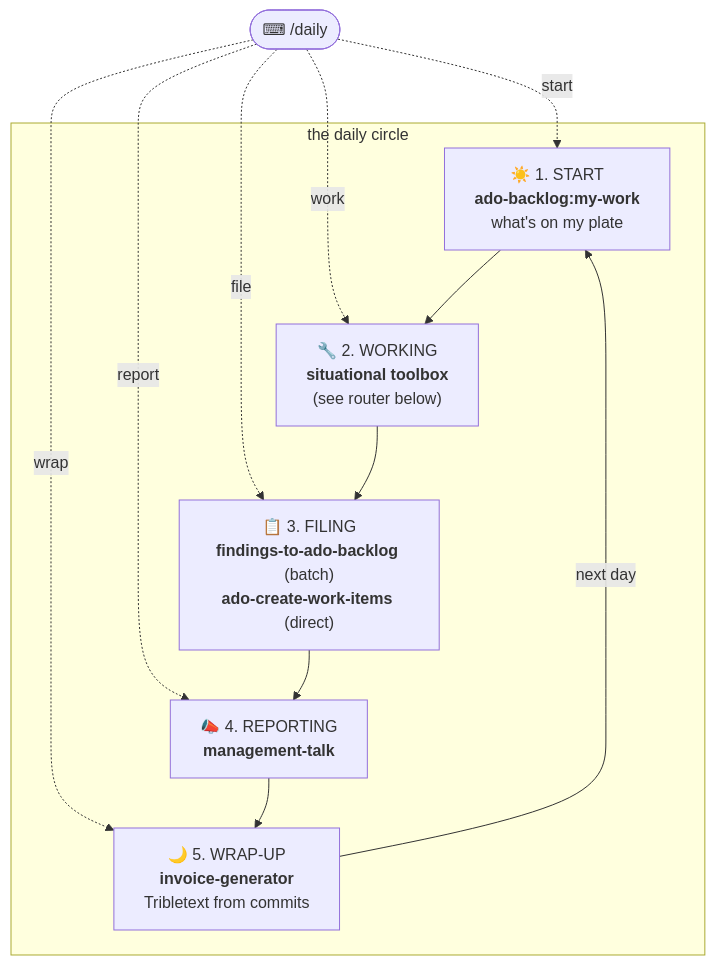
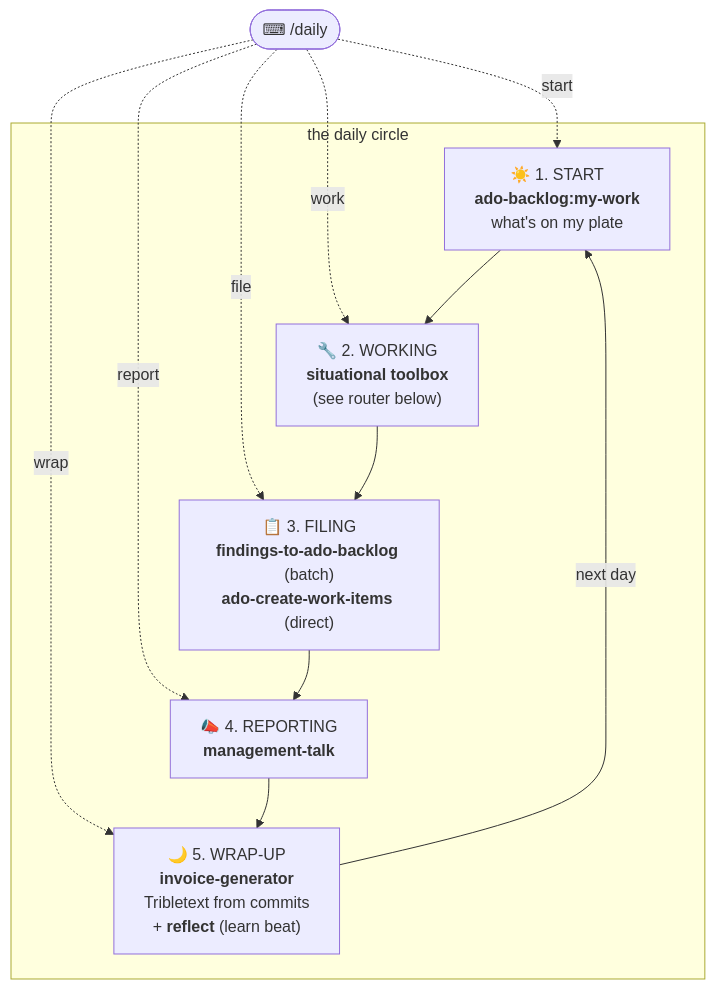
One commit to ThodsaphonSonthiphin/workflow-daily-work changed the first of 2 diagrams in PLAYBOOK.md. Above: the diagram before and after it, drawn with Mermaid. The commit also changed other lines of this file and 3 other files, not shown here.

````diff
--- a/PLAYBOOK.md
+++ b/PLAYBOOK.md
@@ -9,22 +9,22 @@
 ```mermaid
 flowchart TD
     DAILY(["⌨ /daily"]) -.start.-> START
     DAILY -.work.-> WORK
     DAILY -.file.-> FILE
     DAILY -.report.-> REPORT
     DAILY -.wrap.-> WRAP
 
     subgraph CIRCLE [" the daily circle "]
         START["☀️ 1. START<br/><b>ado-backlog:my-work</b><br/>what's on my plate"]
         WORK["🔧 2. WORKING<br/><b>situational toolbox</b><br/>(see router below)"]
         FILE["📋 3. FILING<br/><b>findings-to-ado-backlog</b> (batch)<br/><b>ado-create-work-items</b> (direct)"]
         REPORT["📣 4. REPORTING<br/><b>management-talk</b>"]
-        WRAP["🌙 5. WRAP-UP<br/><b>invoice-generator</b><br/>Tribletext from commits"]
+        WRAP["🌙 5. WRAP-UP<br/><b>invoice-generator</b><br/>Tribletext from commits<br/>+ <b>reflect</b> (learn beat)"]
 
         START --> WORK
         WORK --> FILE
         FILE --> REPORT
         REPORT --> WRAP
         WRAP -- next day --> START
     end
 ```
````
